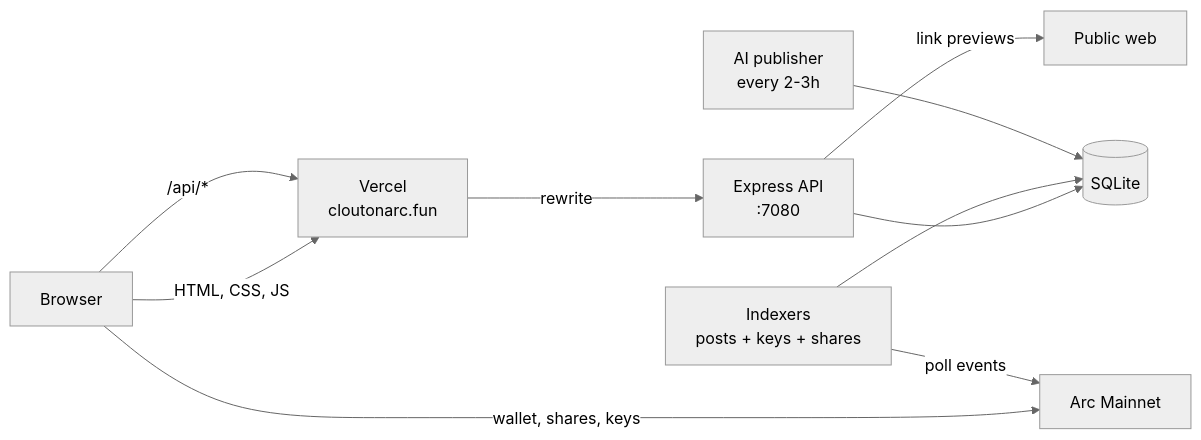
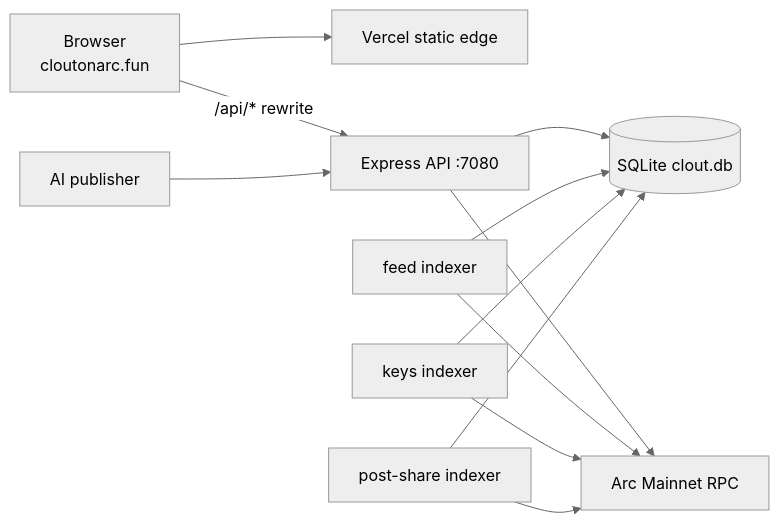
Before and after one commit to itachi-exe/clout: the diagram in README.md, drawn with Mermaid (neutral theme). The commit also changed other lines of this file, not shown here.

Commit message:
README: rebuild without screenshots, verified test counts and mainnet facts

````diff
--- a/README.md
+++ b/README.md
@@ -62,12 +49,14 @@
 ```mermaid
 flowchart LR
-    U[Browser] -->|HTML, CSS, JS| V[Vercel\ncloutonarc.fun]
-    U -->|/api/*| V
-    V -->|rewrite| API[Express API\n:7080]
-    API --> DB[(SQLite)]
-    U -->|wallet, shares, keys| ARC[Arc Mainnet]
-    IDX[Indexers\nposts + keys + shares] -->|poll events| ARC
-    IDX --> DB
-    PUB[AI publisher\nevery 2-3h] --> DB
-    API -->|link previews| WEB[Public web]
+  U[Browser<br/>cloutonarc.fun] --> V[Vercel static edge]
+  U -->|/api/* rewrite| A[Express API :7080]
+  A --> D[(SQLite clout.db)]
+  A --> R[Arc Mainnet RPC]
+  I1[feed indexer] --> D
+  I2[keys indexer] --> D
+  I3[post-share indexer] --> D
+  I1 --> R
+  I2 --> R
+  I3 --> R
+  P[AI publisher] --> A
 ```
````
